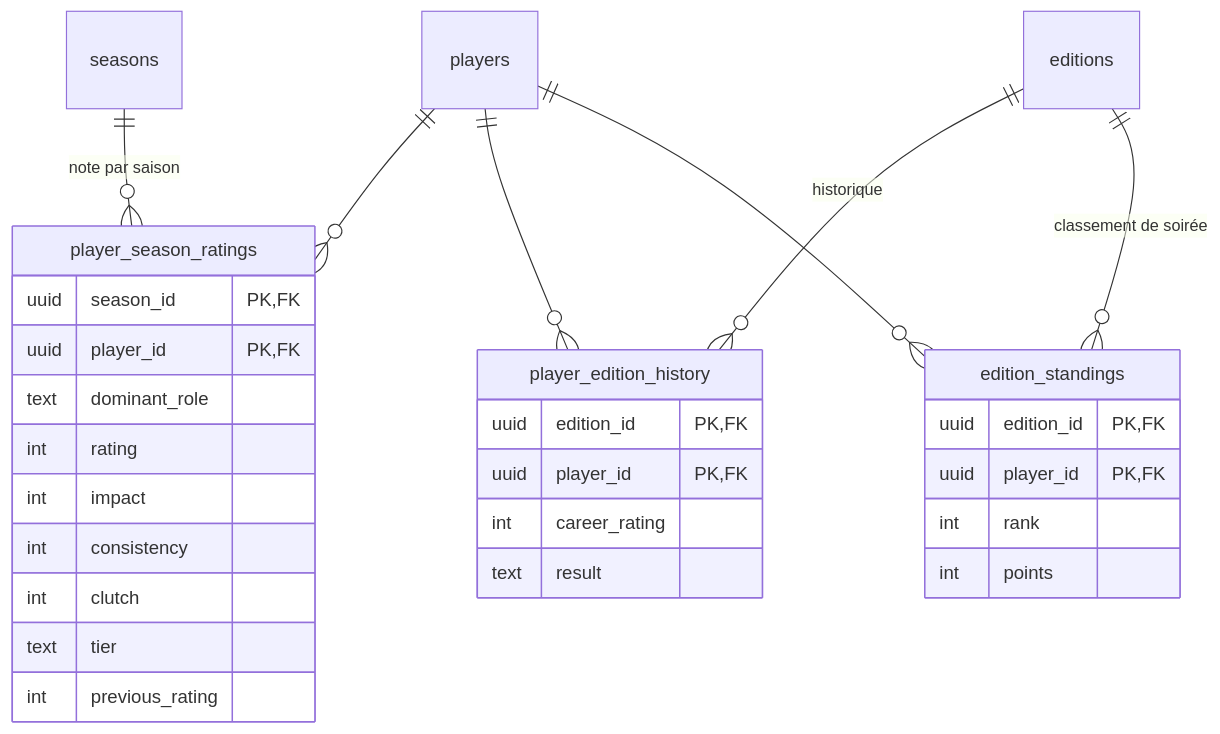
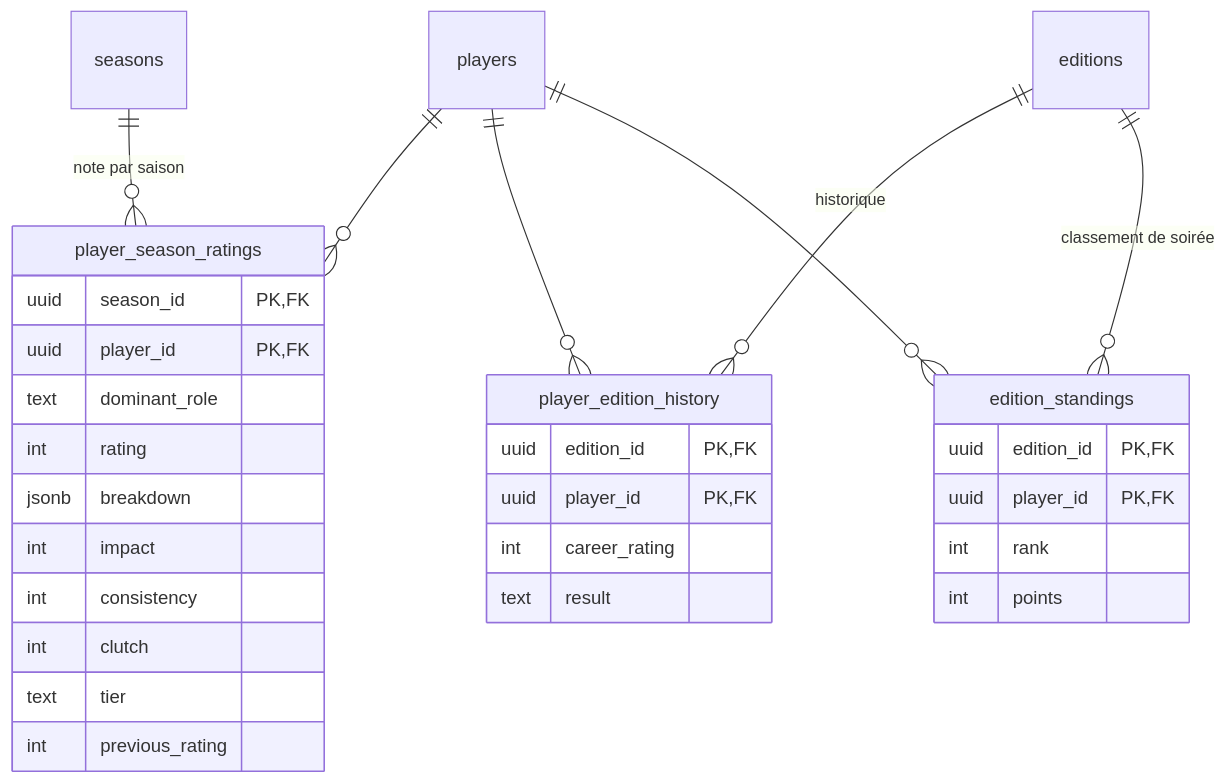
The fourth of 4 diagrams in docs/architecture/data-model.md (Charkx/Arrakard), drawn with Mermaid before and after one commit. The commit also changed other lines of this file and 10 other files, not shown here.

````diff
--- a/docs/architecture/data-model.md
+++ b/docs/architecture/data-model.md
@@ -267,33 +267,34 @@
 ```mermaid
 erDiagram
   seasons ||--o{ player_season_ratings : "note par saison"
   players ||--o{ player_season_ratings : ""
   editions ||--o{ player_edition_history : "historique"
   players ||--o{ player_edition_history : ""
   editions ||--o{ edition_standings : "classement de soirée"
   players ||--o{ edition_standings : ""
 
   player_season_ratings {
     uuid season_id PK,FK
     uuid player_id PK,FK
     text dominant_role
     int rating
+    jsonb breakdown
     int impact
     int consistency
     int clutch
     text tier
     int previous_rating
   }
   player_edition_history {
     uuid edition_id PK,FK
     uuid player_id PK,FK
     int career_rating
     text result
   }
   edition_standings {
     uuid edition_id PK,FK
     uuid player_id PK,FK
     int rank
     int points
   }
 ```
````
